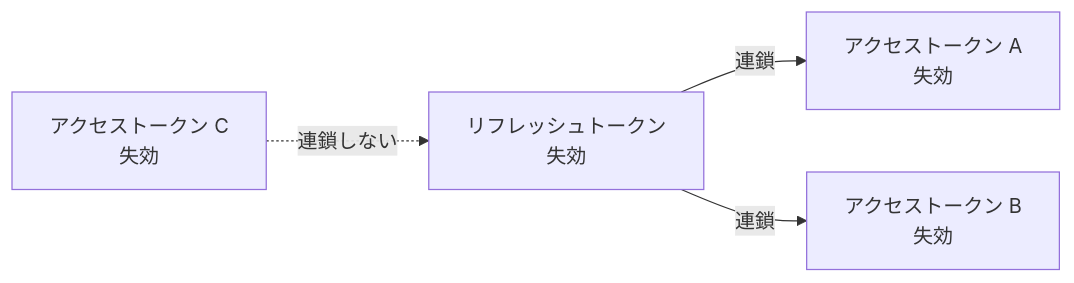
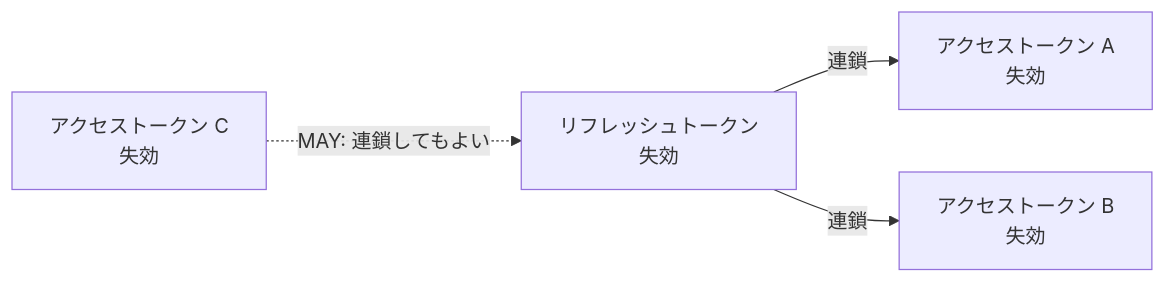
Before and after one commit to nbifrye/idbok: the third of 3 diagrams in docs/specs/rfc7009.md, drawn with Mermaid. The commit also changed other lines of this file, not shown here.

````diff
--- a/docs/specs/rfc7009.md
+++ b/docs/specs/rfc7009.md
@@ -136,6 +137,6 @@
 ```mermaid
 flowchart LR
     RT[リフレッシュトークン<br/>失効] -->|連鎖| AT1[アクセストークン A<br/>失効]
     RT -->|連鎖| AT2[アクセストークン B<br/>失効]
-    AT3[アクセストークン C<br/>失効] -.->|連鎖しない| RT
+    AT3[アクセストークン C<br/>失効] -.->|MAY: 連鎖してもよい| RT
 ```
````
